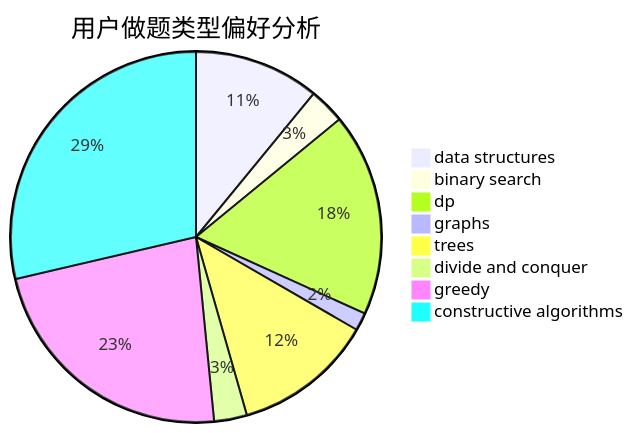
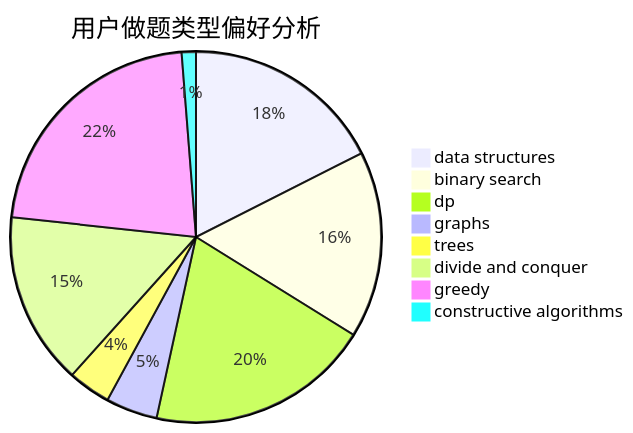
Before and after one commit to sherpahu/cfrs.github.io: the second of 3 diagrams in docs/user/u2000.md, drawn with Mermaid. The commit also changed other lines of this file and 2770 other files, not shown here.

````diff
--- a/docs/user/u2000.md
+++ b/docs/user/u2000.md
@@ -23,11 +23,11 @@
 ```mermaid
 pie title 用户做题类型偏好分析
-    "data structures" :  42
-    "binary search" :  12
-    "dp" :  68
-    "graphs" :  6
-    "trees" :  47
-    "divide and conquer" :  11
-    "greedy" :  88
-    "constructive algorithms" :  110
+    "data structures" :  113
+    "binary search" :  105
+    "dp" :  126
+    "graphs" :  29
+    "trees" :  24
+    "divide and conquer" :  97
+    "greedy" :  142
+    "constructive algorithms" :  8
 ```
````
